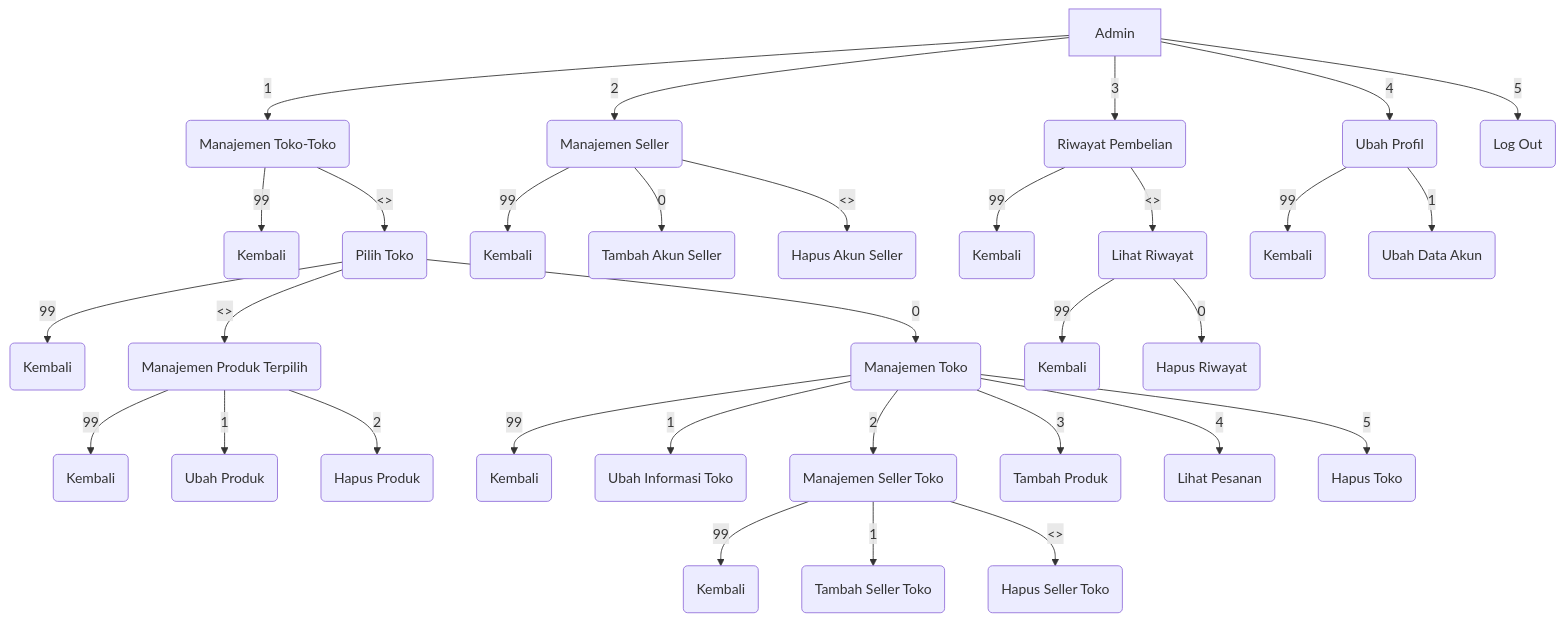
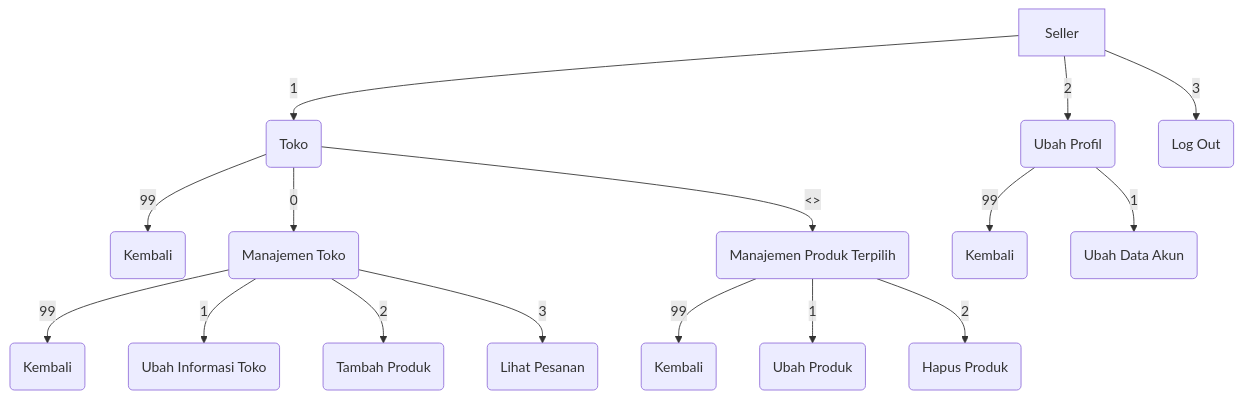
The second of 2 diagrams in README.md (Viabelous/ProjekAkhirPBO), drawn with Mermaid before and after one commit.

Commit message:
README: Typo lagi

````diff
--- a/README.md
+++ b/README.md
@@ -44,41 +86,22 @@
 ```mermaid
 graph
 
-A[Admin] -- 1 --> B(Manajemen Toko-Toko)
-B --99 --> BA(Kembali)
-B -- <> --> BB(Pilih Toko)
-	BB -- 99 --> BBA(Kembali)
-	BB -- 0 --> BBB(Manajemen Toko)
-	BB -- <> --> BBC(Manajemen Produk Terpilih)
-		BBC -- 99 --> BBCA(Kembali)
-		BBC -- 1 --> BBCB(Ubah Produk)
-		BBC -- 2 --> BBCC(Hapus Produk)
+A[Seller] -- 1 --> B(Toko)
+	B -- 99 --> BA(Kembali)
+	B -- 0 --> BB(Manajemen Toko)
+	B -- <> --> BC(Manajemen Produk Terpilih)
+		BC -- 99 --> BCA(Kembali)
+		BC -- 1 --> BCB(Ubah Produk)
+		BC -- 2 --> BCC(Hapus Produk)
 
-BBB -- 99 --> BBBA(Kembali)
-BBB -- 1 --> BBBB(Ubah Informasi Toko)
-BBB -- 2 --> BBBC(Manajemen Seller Toko)
-	BBBC -- 99 --> BBBCA(Kembali)
-	BBBC -- 1 --> BBBCB(Tambah Seller Toko)
-	BBBC -- <> --> BBBCC(Hapus Seller Toko)
-BBB -- 3 --> BBBE(Tambah Produk)
-BBB -- 4 --> BBBF(Lihat Pesanan)
-BBB -- 5 --> BBBG(Hapus Toko)
+BB -- 99 --> BBA(Kembali)
+BB -- 1 --> BBB(Ubah Informasi Toko)
+BB -- 2 --> BBE(Tambah Produk)
+BB -- 3 --> BBF(Lihat Pesanan)
 
-A -- 2 --> C(Manajemen Seller)
+A -- 2 --> C(Ubah Profil)
 C -- 99 --> CA(Kembali)
-C -- 0 --> CB(Tambah Akun Seller)
-C -- <> --> CC(Hapus Akun Seller)
+C -- 1 --> CB(Ubah Data Akun)
 
-A -- 3 --> D(Riwayat Pembelian)
-D -- 99 --> DA(Kembali)
-D -- <> --> DB(Lihat Riwayat)
-	DB -- 99 --> DBA(Kembali)
-	DB -- 0 --> DBB(Hapus Riwayat)
-
-A -- 4 --> E(Ubah Profil)
-
-E -- 99 --> EA(Kembali)
-E -- 1 --> EB(Ubah Data Akun)
-
-A -- 5 --> F(Log Out)
+A -- 3 --> D(Log Out)
 ```
````
